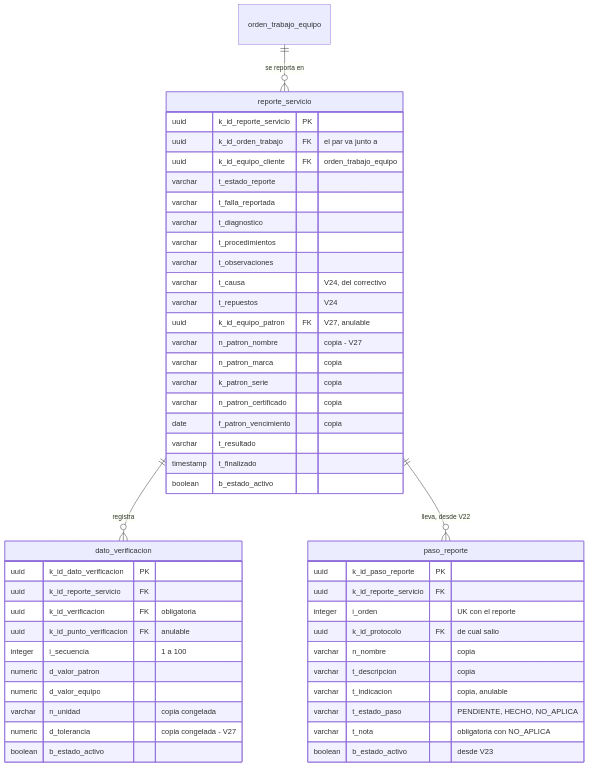
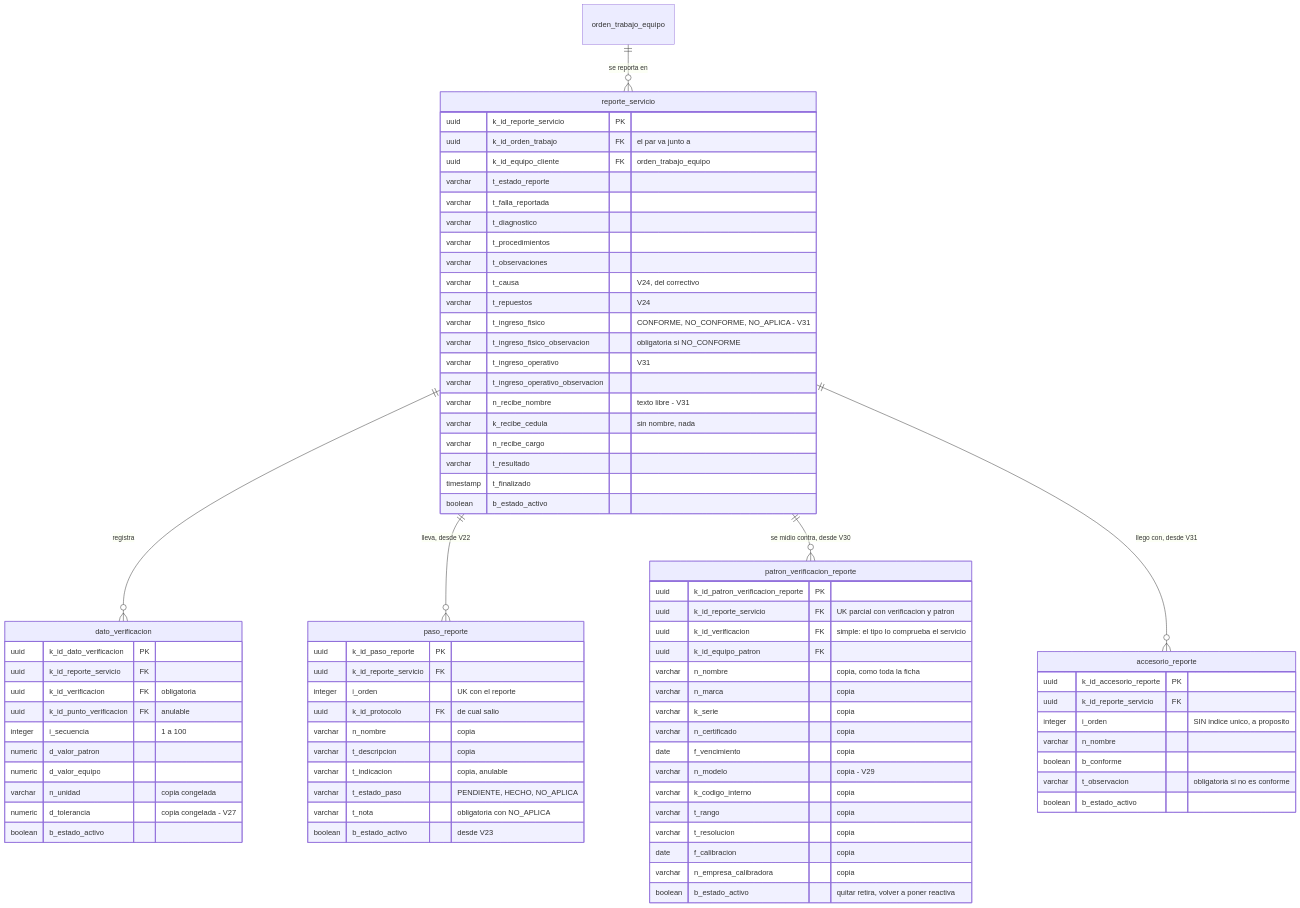
The tenth of 10 diagrams in SecondBrain/wiki/base-de-datos/esquema-bd-malphasos.md (SeanBol222/MalphasOs), drawn with Mermaid before and after one commit. The commit also changed other lines of this file and 12 other files, not shown here.

````diff
--- a/SecondBrain/wiki/base-de-datos/esquema-bd-malphasos.md
+++ b/SecondBrain/wiki/base-de-datos/esquema-bd-malphasos.md
@@ -556,51 +594,81 @@
 ```mermaid
 erDiagram
     orden_trabajo_equipo ||--o{ reporte_servicio : "se reporta en"
     reporte_servicio ||--o{ dato_verificacion : "registra"
     reporte_servicio ||--o{ paso_reporte : "lleva, desde V22"
+    reporte_servicio ||--o{ patron_verificacion_reporte : "se midio contra, desde V30"
+    reporte_servicio ||--o{ accesorio_reporte : "llego con, desde V31"
+    patron_verificacion_reporte {
+        uuid k_id_patron_verificacion_reporte PK
+        uuid k_id_reporte_servicio FK "UK parcial con verificacion y patron"
+        uuid k_id_verificacion FK "simple: el tipo lo comprueba el servicio"
+        uuid k_id_equipo_patron FK
+        varchar n_nombre "copia, como toda la ficha"
+        varchar n_marca "copia"
+        varchar k_serie "copia"
+        varchar n_certificado "copia"
+        date f_vencimiento "copia"
+        varchar n_modelo "copia - V29"
+        varchar k_codigo_interno "copia"
+        varchar t_rango "copia"
+        varchar t_resolucion "copia"
+        date f_calibracion "copia"
+        varchar n_empresa_calibradora "copia"
+        boolean b_estado_activo "quitar retira, volver a poner reactiva"
+    }
+    accesorio_reporte {
+        uuid k_id_accesorio_reporte PK
+        uuid k_id_reporte_servicio FK
+        integer i_orden "SIN indice unico, a proposito"
+        varchar n_nombre
+        boolean b_conforme
+        varchar t_observacion "obligatoria si no es conforme"
+        boolean b_estado_activo
+    }
     paso_reporte {
         uuid k_id_paso_reporte PK
         uuid k_id_reporte_servicio FK
         integer i_orden "UK con el reporte"
         uuid k_id_protocolo FK "de cual salio"
         varchar n_nombre "copia"
         varchar t_descripcion "copia"
         varchar t_indicacion "copia, anulable"
         varchar t_estado_paso "PENDIENTE, HECHO, NO_APLICA"
         varchar t_nota "obligatoria con NO_APLICA"
         boolean b_estado_activo "desde V23"
     }
     reporte_servicio {
         uuid k_id_reporte_servicio PK
         uuid k_id_orden_trabajo FK "el par va junto a"
         uuid k_id_equipo_cliente FK "orden_trabajo_equipo"
         varchar t_estado_reporte
         varchar t_falla_reportada
         varchar t_diagnostico
         varchar t_procedimientos
         varchar t_observaciones
         varchar t_causa "V24, del correctivo"
         varchar t_repuestos "V24"
-        uuid k_id_equipo_patron FK "V27, anulable"
-        varchar n_patron_nombre "copia - V27"
-        varchar n_patron_marca "copia"
-        varchar k_patron_serie "copia"
-        varchar n_patron_certificado "copia"
-        date f_patron_vencimiento "copia"
+        varchar t_ingreso_fisico "CONFORME, NO_CONFORME, NO_APLICA - V31"
+        varchar t_ingreso_fisico_observacion "obligatoria si NO_CONFORME"
+        varchar t_ingreso_operativo "V31"
+        varchar t_ingreso_operativo_observacion
+        varchar n_recibe_nombre "texto libre - V31"
+        varchar k_recibe_cedula "sin nombre, nada"
+        varchar n_recibe_cargo
         varchar t_resultado
         timestamp t_finalizado
         boolean b_estado_activo
     }
     dato_verificacion {
         uuid k_id_dato_verificacion PK
         uuid k_id_reporte_servicio FK
         uuid k_id_verificacion FK "obligatoria"
         uuid k_id_punto_verificacion FK "anulable"
         integer i_secuencia "1 a 100"
         numeric d_valor_patron
         numeric d_valor_equipo
         varchar n_unidad "copia congelada"
         numeric d_tolerancia "copia congelada - V27"
         boolean b_estado_activo
     }
 ```
````
